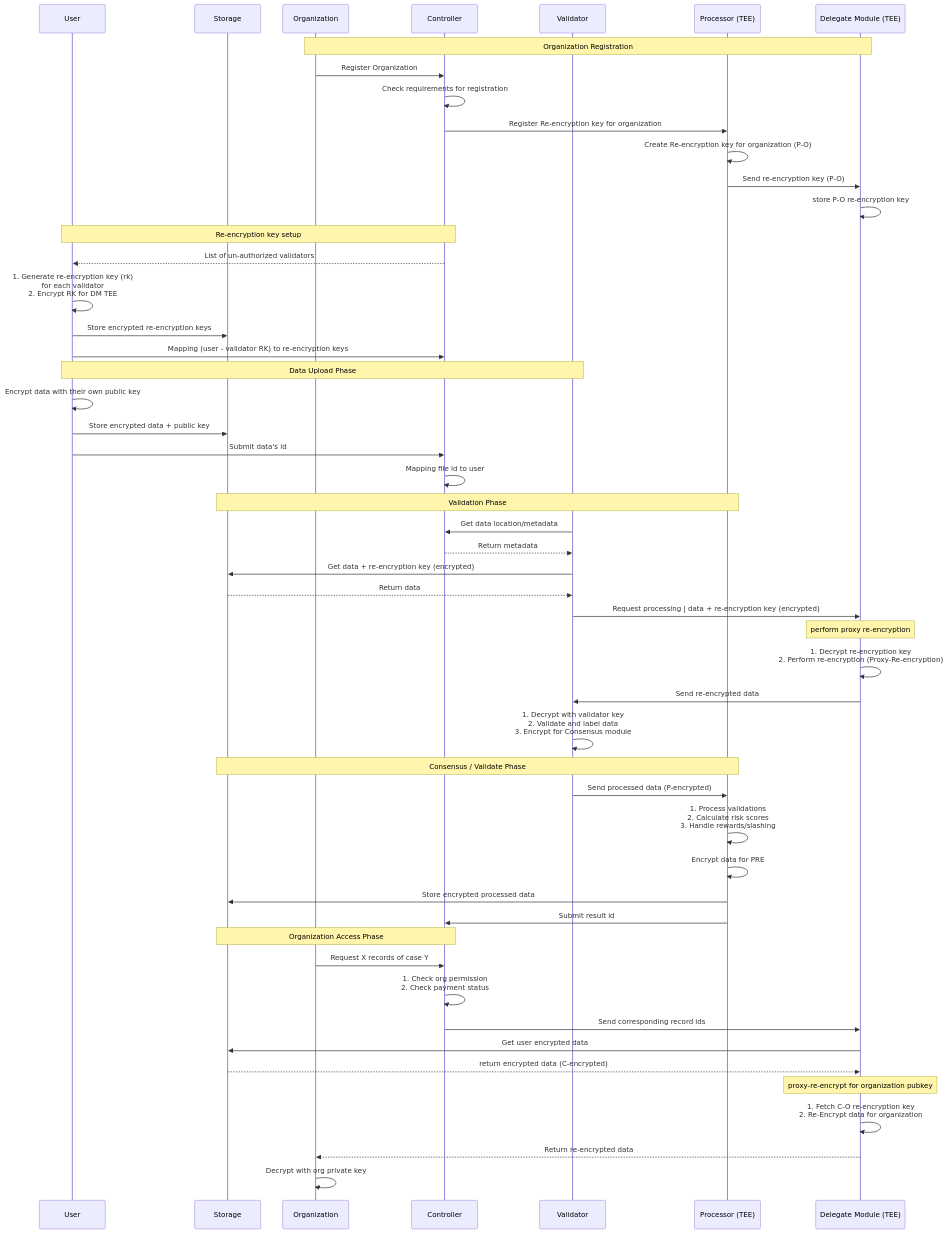
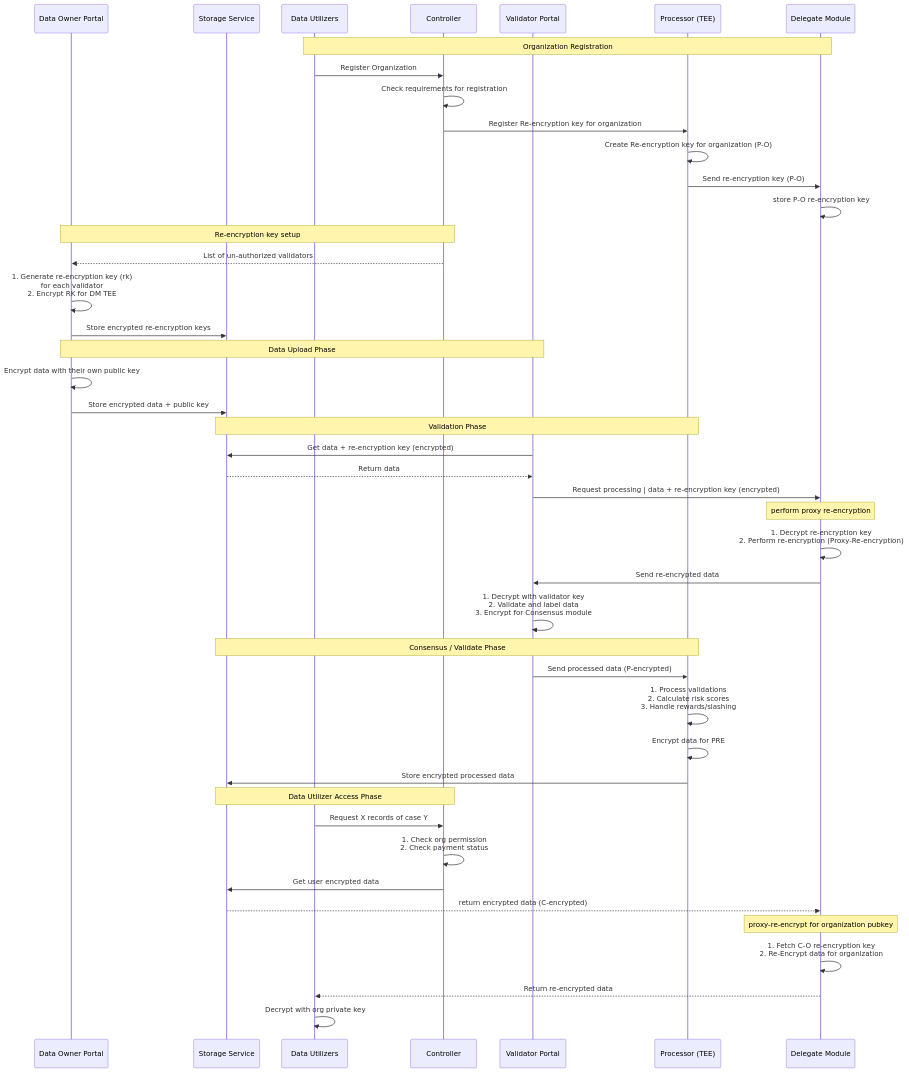
Before and after one commit to kien-genetica/secure-genom: the diagram in docs/flow/system-flow.md, drawn with Mermaid.

Commit message:
update flow

````diff
--- a/docs/flow/system-flow.md
+++ b/docs/flow/system-flow.md
@@ -1,70 +1,65 @@
 ```mermaid
 sequenceDiagram
-    participant U as User
-    participant S as Storage
-    participant O as Organization
+    participant U as Data Owner Portal
+    participant S as Storage Service
+    participant O as Data Utilizers 
     participant G as Controller
-    participant V as Validator
+    participant V as Validator Portal 
     participant P as Processor (TEE)
-    participant DM as Delegate Module (TEE)
+    participant DM as Delegate Module 
 
 
 
     %% One-time P-DM-Organziation PRE Setup
     Note over O,DM: Organization Registration
     O->>G: Register Organization
     G->>G: Check requirements for registration
     G->>P: Register Re-encryption key for organization
     P->>P: Create Re-encryption key for organization (P-O)
     P->>DM: Send re-encryption key (P-O)
     DM->>DM: store P-O re-encryption key
 
     %% Re-encryption key setup
     Note over U,G: Re-encryption key setup
     G-->>U: List of un-authorized validators
     U->>U: 1. Generate re-encryption key (rk)<br/>for each validator <br/> 2. Encrypt RK for DM TEE
     U->>S: Store encrypted re-encryption keys
-    U->>G: Mapping (user - validator RK) to re-encryption keys
+   
 
     %% Data Upload with PRE
     Note over U,V: Data Upload Phase
     U->>U: Encrypt data with their own public key
     U->>S: Store encrypted data + public key
-    U->>G: Submit data's id
-    G->>G: Mapping file id to user
 
     %% Validator Processing
     Note over S,P: Validation Phase
-    V->>G: Get data location/metadata
-    G-->>V: Return metadata
+  
     V->>S: Get data + re-encryption key (encrypted)
     S-->>V: Return data
 
     V->>DM: Request processing | data + re-encryption key (encrypted)
     Note over DM: perform proxy re-encryption
     DM->>DM: 1. Decrypt re-encryption key<br/>2. Perform re-encryption (Proxy-Re-encryption)
     DM->>V: Send re-encrypted data
 
     V->>V: 1. Decrypt with validator key<br/>2. Validate and label data <br/> 3. Encrypt for Consensus module
 
     %% Consensus Phase
     Note over P,S: Consensus / Validate Phase
     V->>P: Send processed data (P-encrypted)
     P->>P: 1. Process validations<br/>2. Calculate risk scores<br/>3. Handle rewards/slashing
     P->>P: Encrypt data for PRE
     P->>S: Store encrypted processed data
-    P->>G: Submit result id
 
     %% Organization Access
-    Note over S,G: Organization Access Phase
+    Note over S,G: Data Utilizer Access Phase
     O->>G: Request X records of case Y
     G->>G: 1. Check org permission <br/> 2. Check payment status
-    G->>DM: Send corresponding record ids
-    DM->>S: Get user encrypted data
+    G->>S: Get user encrypted data
     S-->>DM: return encrypted data (C-encrypted)
 
     Note over DM: proxy-re-encrypt for organization pubkey
     DM->>DM: 1. Fetch C-O re-encryption key <br/> 2. Re-Encrypt data for organization
     DM-->>O: Return re-encrypted data
     O->>O: Decrypt with org private key
 ```
````
